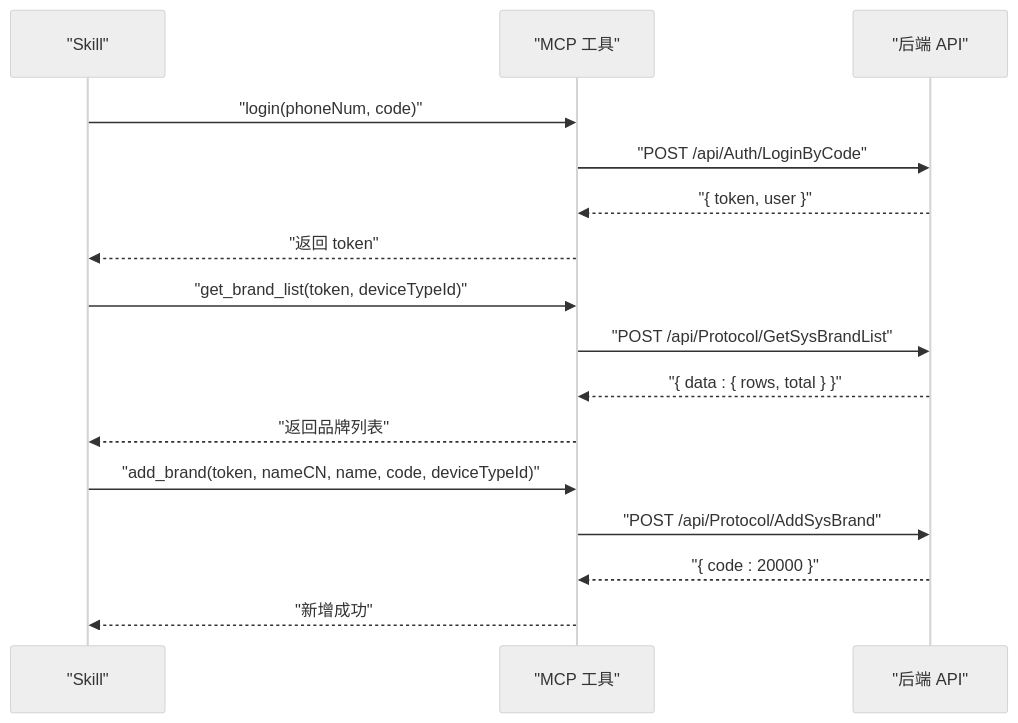
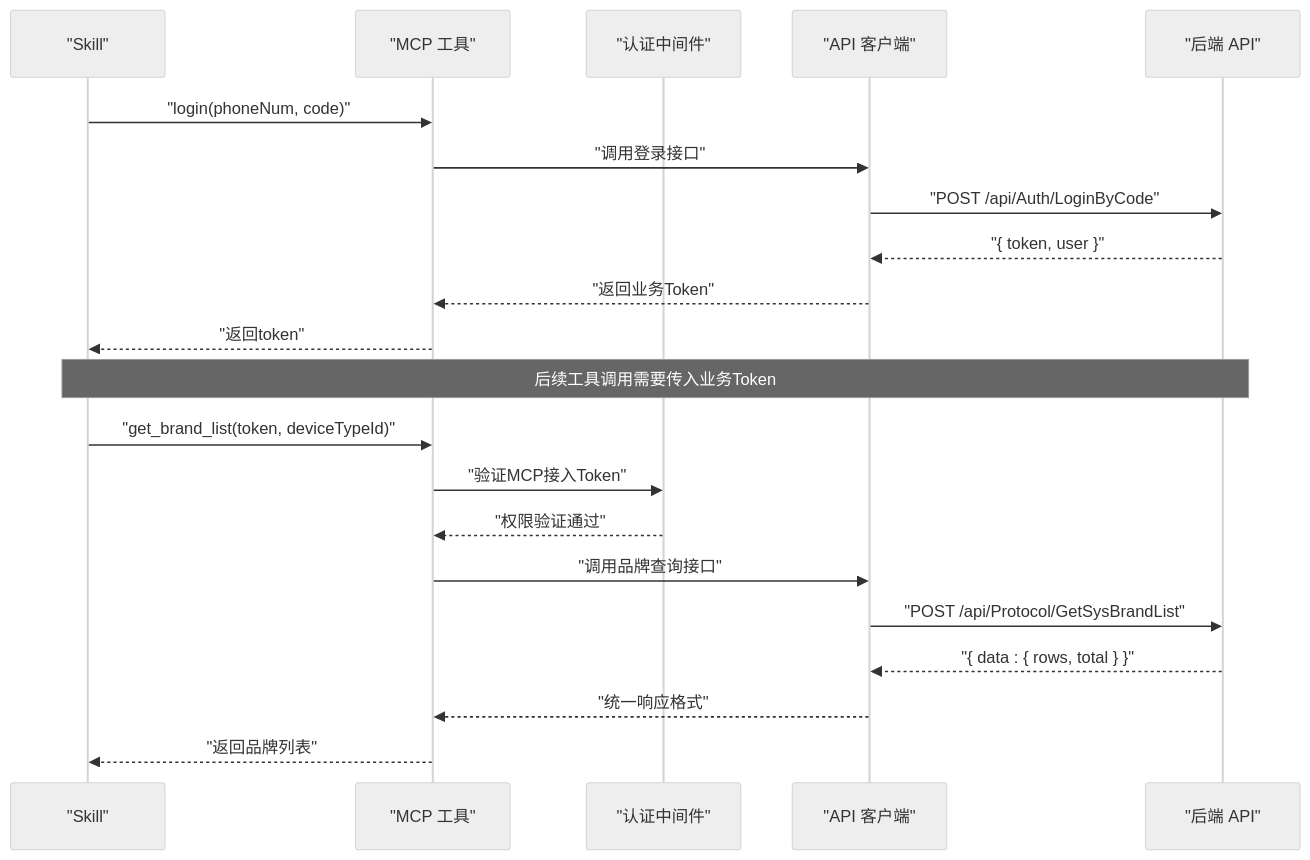
Before and after one commit to rookie-wind/web_ai: the seventh of 8 diagrams in .qoder/repowiki/zh/content/项目概述/项目概述.md, drawn with Mermaid (neutral theme). The commit also changed other lines of this file and 117 other files, not shown here.

````diff
--- a/.qoder/repowiki/zh/content/项目概述/项目概述.md
+++ b/.qoder/repowiki/zh/content/项目概述/项目概述.md
@@ -219,18 +261,23 @@
 ```mermaid
 sequenceDiagram
 participant Skill as "Skill"
 participant MCP as "MCP 工具"
-participant API as "后端 API"
+participant Auth as "认证中间件"
+participant API as "API 客户端"
+participant Backend as "后端 API"
 Skill->>MCP : "login(phoneNum, code)"
-MCP->>API : "POST /api/Auth/LoginByCode"
-API-->>MCP : "{ token, user }"
-MCP-->>Skill : "返回 token"
+MCP->>API : "调用登录接口"
+API->>Backend : "POST /api/Auth/LoginByCode"
+Backend-->>API : "{ token, user }"
+API-->>MCP : "返回业务Token"
+MCP-->>Skill : "返回token"
+Note over Skill,Backend : 后续工具调用需要传入业务Token
 Skill->>MCP : "get_brand_list(token, deviceTypeId)"
-MCP->>API : "POST /api/Protocol/GetSysBrandList"
-API-->>MCP : "{ data : { rows, total } }"
+MCP->>Auth : "验证MCP接入Token"
+Auth-->>MCP : "权限验证通过"
+MCP->>API : "调用品牌查询接口"
+API->>Backend : "POST /api/Protocol/GetSysBrandList"
+Backend-->>API : "{ data : { rows, total } }"
+API-->>MCP : "统一响应格式"
 MCP-->>Skill : "返回品牌列表"
-Skill->>MCP : "add_brand(token, nameCN, name, code, deviceTypeId)"
-MCP->>API : "POST /api/Protocol/AddSysBrand"
-API-->>MCP : "{ code : 20000 }"
-MCP-->>Skill : "新增成功"
 ```
````
